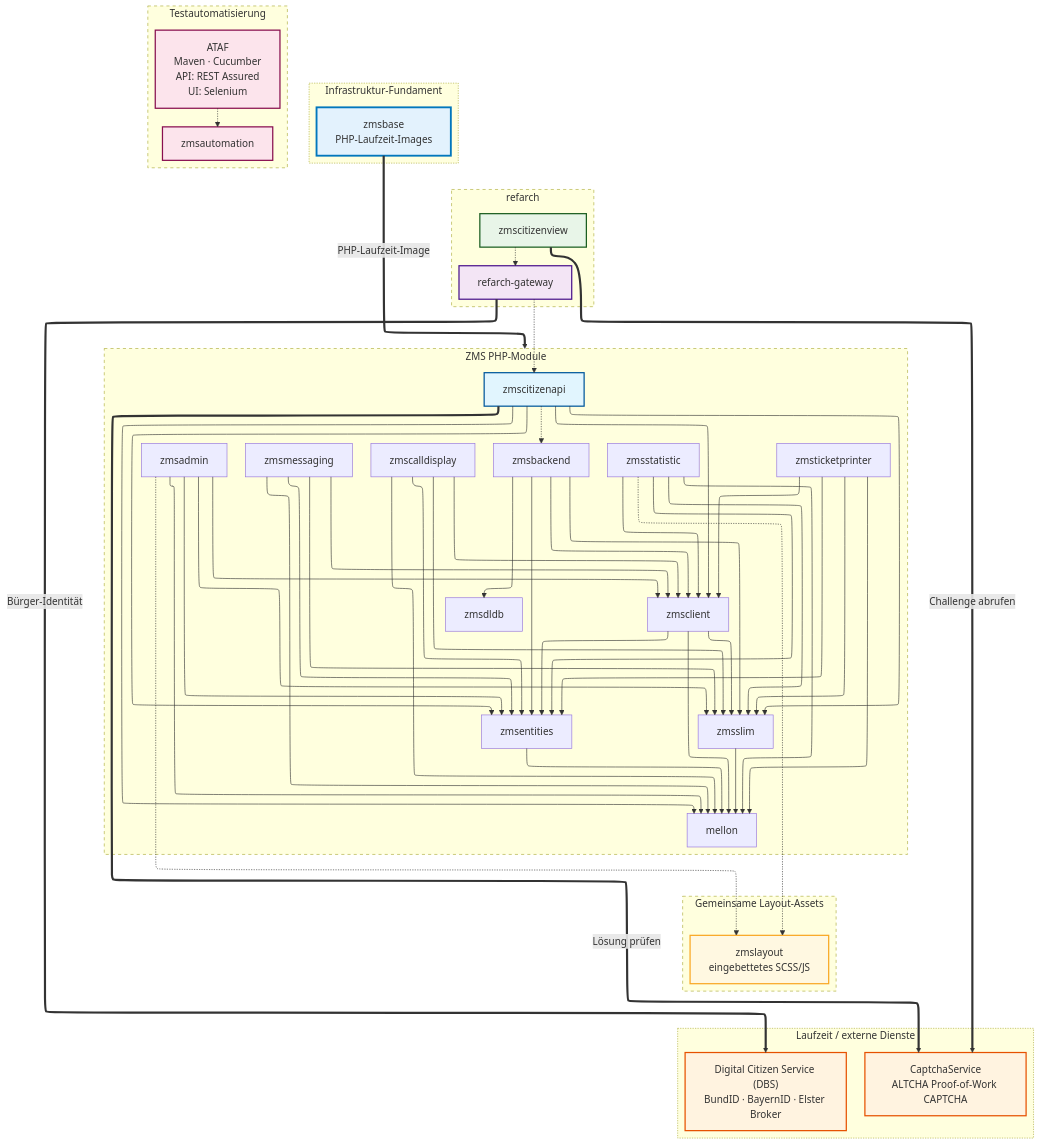
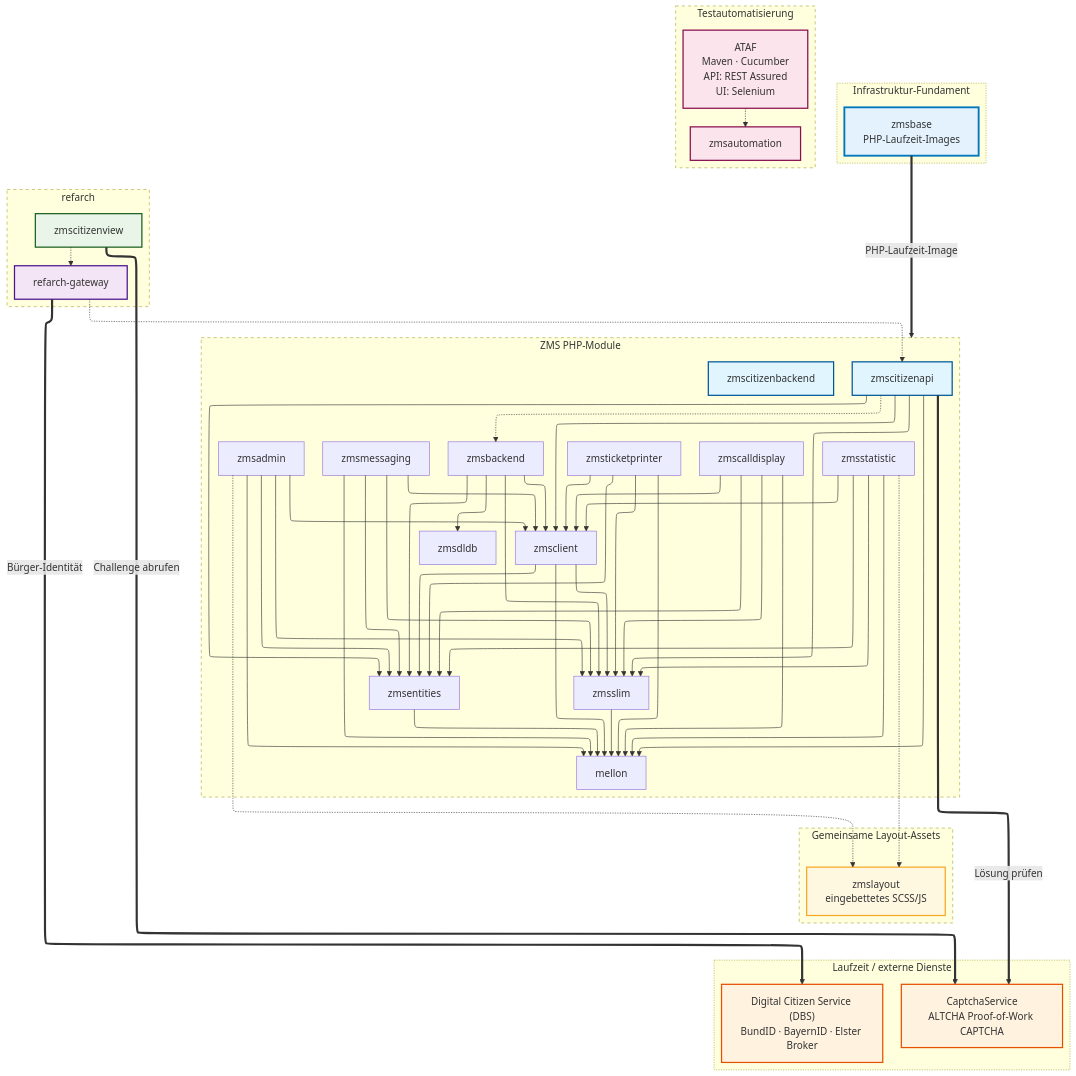
Before and after one commit to it-at-m/eappointment: the diagram in docs/de/setup-and-development/development-rules/dependency-graph.md, drawn with Mermaid. The commit also changed other lines of this file and 27 other files, not shown here.

```diff
--- a/docs/de/setup-and-development/development-rules/dependency-graph.md
+++ b/docs/de/setup-and-development/development-rules/dependency-graph.md
@@ -73,6 +73,7 @@
         zmsdldb
         mellon
         zmscitizenapi
+        zmscitizenbackend
     end
 
     subgraph runtime [Laufzeit / externe Dienste]
@@ -107,6 +108,7 @@
     classDef layout fill:#fff8e1,stroke:#f9a825,stroke-width:2px;
 
     class zmscitizenapi citizenapi;
+    class zmscitizenbackend citizenapi;
     class refarch-gateway gateway;
     class zmscitizenview citizenview;
     class dbs runtimeSvc;
```
